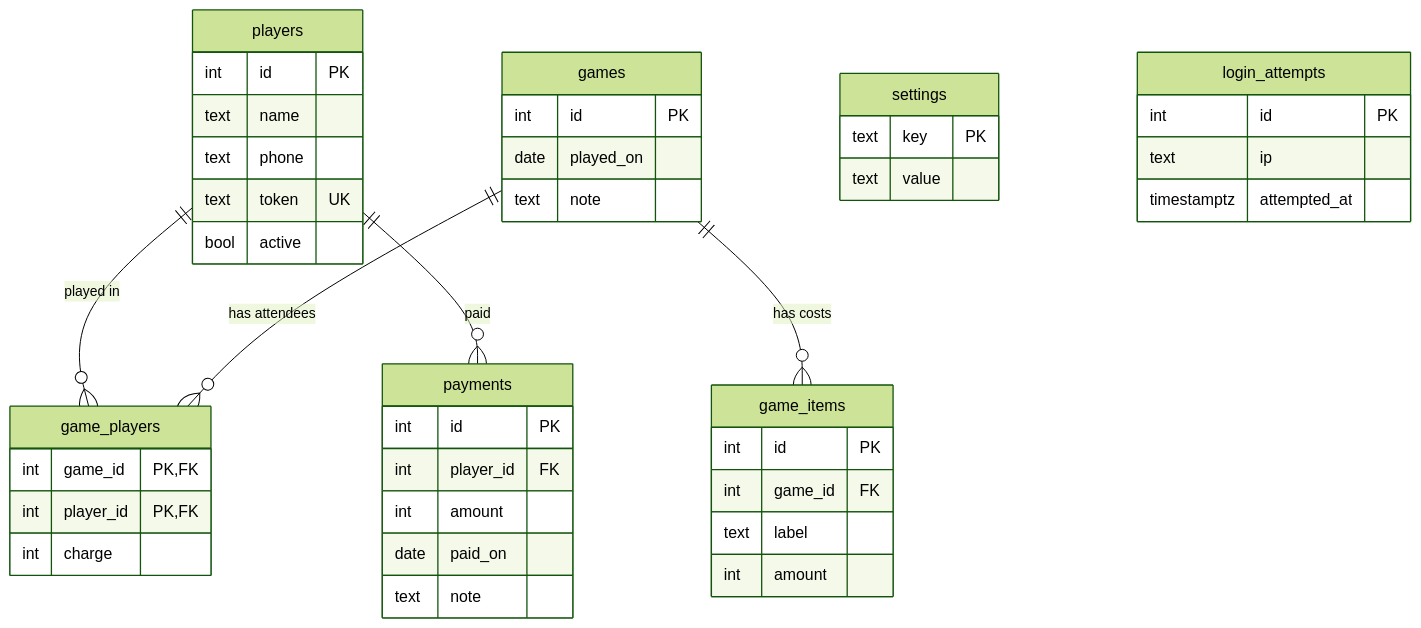
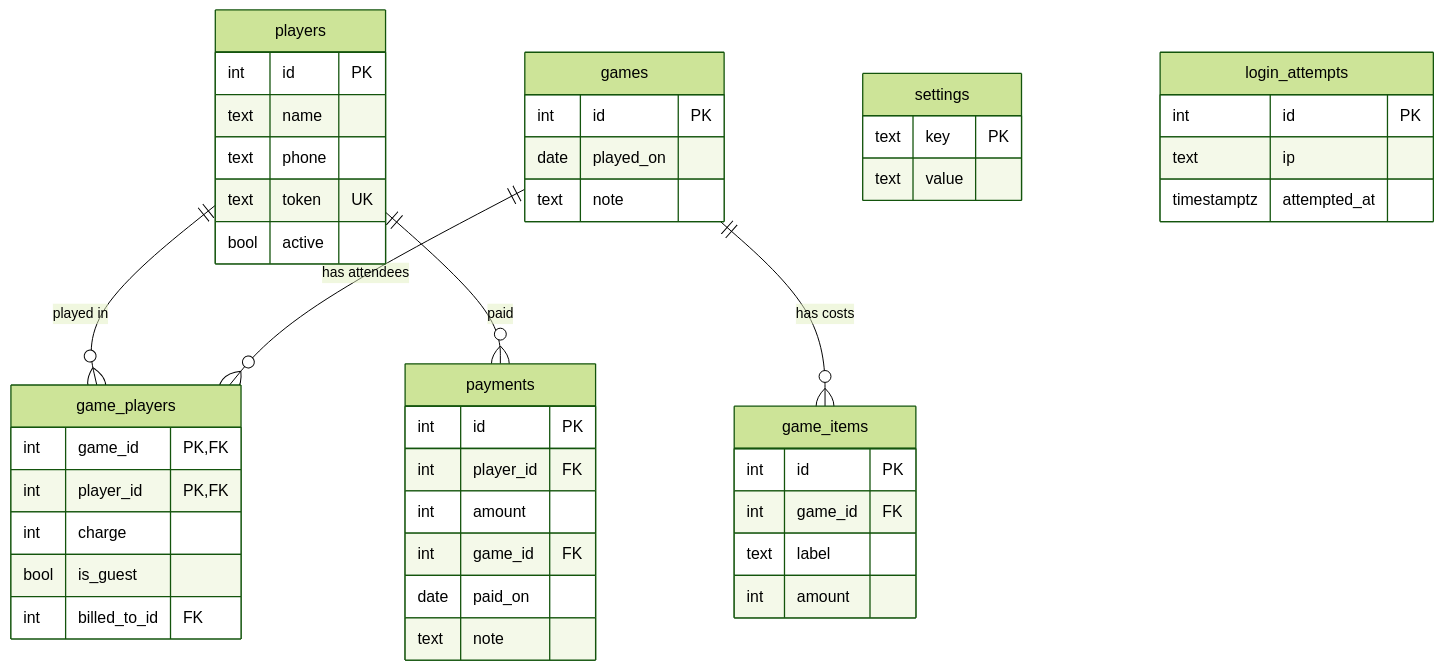
One commit to zinx110/turftab changed the diagram in README.md. Above: the diagram before and after it, drawn with Mermaid (forest theme). The commit also changed other lines of this file and 21 other files, not shown here.

````diff
--- a/README.md
+++ b/README.md
@@ -46,47 +46,50 @@
 ```mermaid
 erDiagram
     players ||--o{ game_players : "played in"
     games   ||--o{ game_players : "has attendees"
     games   ||--o{ game_items   : "has costs"
     players ||--o{ payments     : "paid"
 
     players {
         int id PK
         text name
         text phone
         text token UK
         bool active
     }
     games {
         int id PK
         date played_on
         text note
     }
     game_items {
         int id PK
         int game_id FK
         text label
         int amount
     }
     game_players {
         int game_id PK, FK
         int player_id PK, FK
         int charge
+        bool is_guest
+        int billed_to_id FK
     }
     payments {
         int id PK
         int player_id FK
         int amount
+        int game_id FK
         date paid_on
         text note
     }
     settings {
         text key PK
         text value
     }
     login_attempts {
         int id PK
         text ip
         timestamptz attempted_at
     }
 ```
````
